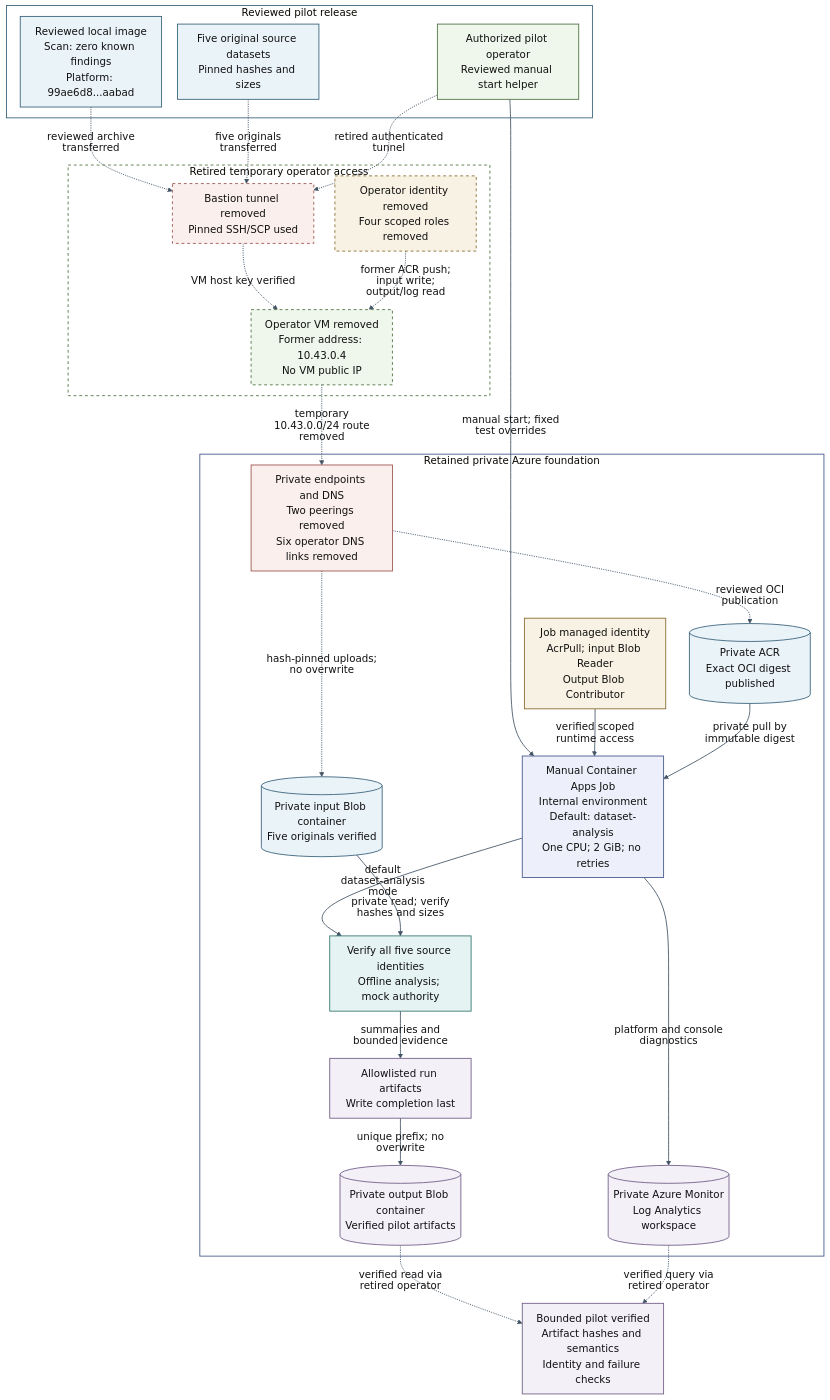
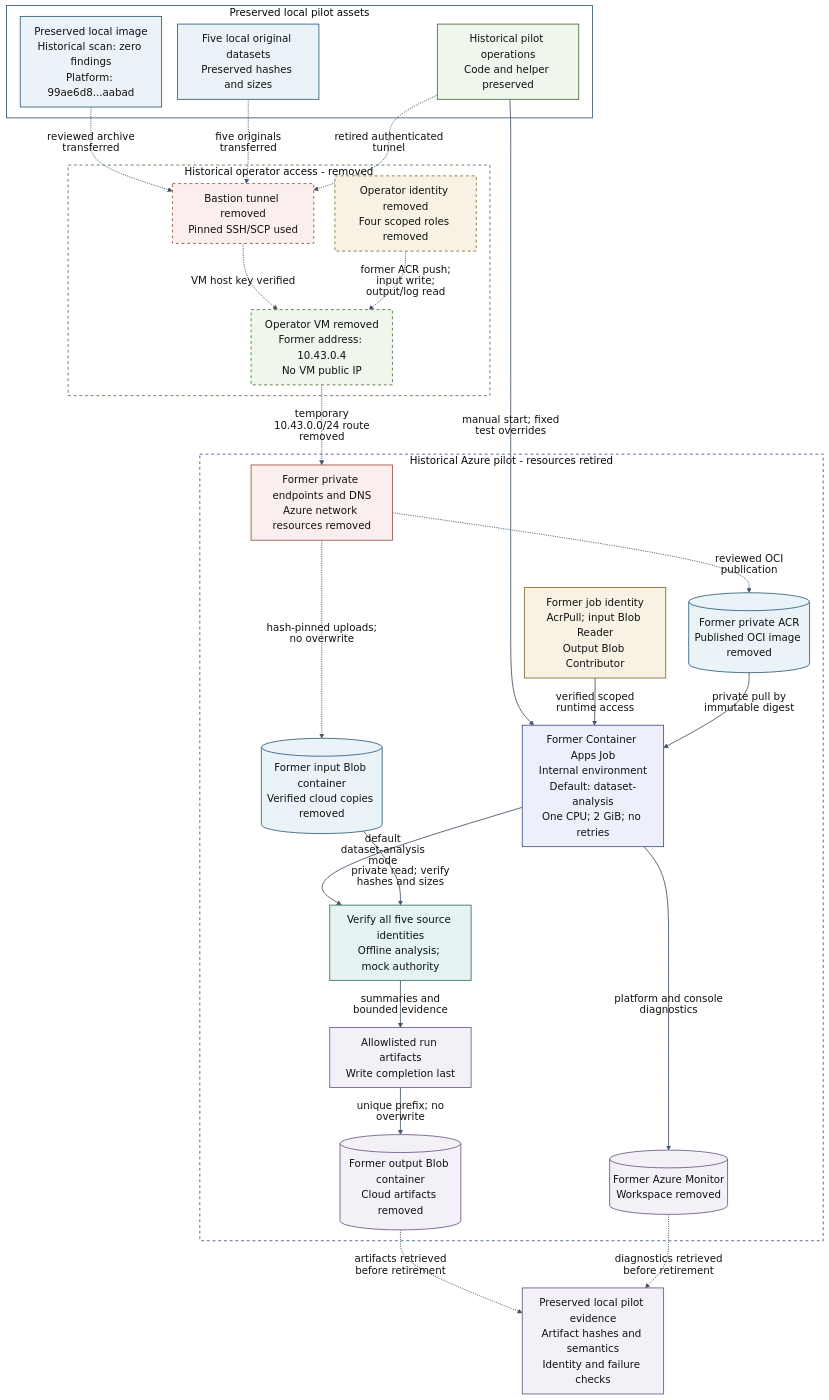
The fourth of 4 diagrams in docs/architecture/README.md (Douglas-Moore-Engineering/ai-command-gateway), drawn with Mermaid before and after one commit. The commit also changed other lines of this file and 25 other files, not shown here.

Commit message:
Retire Azure resources and preserve subscription

````diff
--- a/docs/architecture/README.md
+++ b/docs/architecture/README.md
@@ -227,72 +229,73 @@
 ```mermaid
-%% ARCH-004 v0.3. Bounded pilot verified; temporary operator access retired after cleanup.
-%% Solid paths show retained pilot architecture; dashed paths show retired temporary access.
+%% ARCH-004 v0.4. Historical verified pilot; all deployed Azure resources retired.
+%% Subscription and local code, originals, image and evidence are preserved.
+%% Solid paths show historical runtime; dashed paths show historical transfer/access.
 %% Reviewed platform digest: sha256:99ae6d8dd7962dfc517a09cce6f46b979af78fd0f5c149bf01e0132b4a2aabad
 %%{init: {"theme":"base","look":"classic","themeVariables":{"fontFamily":"Arial, sans-serif","fontSize":"18px","primaryTextColor":"#111111","lineColor":"#425466","background":"transparent","edgeLabelBackground":"transparent","clusterBkg":"transparent"},"flowchart":{"htmlLabels":false,"curve":"basis","nodeSpacing":28,"rankSpacing":38,"padding":12},"themeCSS":"text { font-family:Arial,sans-serif !important; } .cluster-label text { font-size:16px !important; font-weight:600; }"}}%%
 flowchart TB
-  subgraph local["Reviewed pilot release"]
-    image["Reviewed local image<br/>Scan: zero known findings<br/>Platform: 99ae6d8...aabad"]
-    datasets["Five original source datasets<br/>Pinned hashes and sizes"]
-    operator["Authorized pilot operator<br/>Reviewed manual start helper"]
+  subgraph local["Preserved local pilot assets"]
+    image["Preserved local image<br/>Historical scan: zero findings<br/>Platform: 99ae6d8...aabad"]
+    datasets["Five local original datasets<br/>Preserved hashes and sizes"]
+    operator["Historical pilot operations<br/>Code and helper preserved"]
   end
 
-  subgraph access["Retired temporary operator access"]
+  subgraph access["Historical operator access - removed"]
     bastion["Bastion tunnel removed<br/>Pinned SSH/SCP used"]
     vm["Operator VM removed<br/>Former address: 10.43.0.4<br/>No VM public IP"]
     operatorIdentity["Operator identity removed<br/>Four scoped roles removed"]
   end
 
-  subgraph azure["Retained private Azure foundation"]
-    network["Private endpoints and DNS<br/>Two peerings removed<br/>Six operator DNS links removed"]
-    registry[("Private ACR<br/>Exact OCI digest published")]
-    inputs[("Private input Blob container<br/>Five originals verified")]
-    identity["Job managed identity<br/>AcrPull; input Blob Reader<br/>Output Blob Contributor"]
-    job["Manual Container Apps Job<br/>Internal environment<br/>Default: dataset-analysis<br/>One CPU; 2 GiB; no retries"]
+  subgraph azure["Historical Azure pilot - resources retired"]
+    network["Former private endpoints and DNS<br/>Azure network resources removed"]
+    registry[("Former private ACR<br/>Published OCI image removed")]
+    inputs[("Former input Blob container<br/>Verified cloud copies removed")]
+    identity["Former job identity<br/>AcrPull; input Blob Reader<br/>Output Blob Contributor"]
+    job["Former Container Apps Job<br/>Internal environment<br/>Default: dataset-analysis<br/>One CPU; 2 GiB; no retries"]
     verify["Verify all five source identities<br/>Offline analysis; mock authority"]
     publish["Allowlisted run artifacts<br/>Write completion last"]
-    outputs[("Private output Blob container<br/>Verified pilot artifacts")]
-    monitor[("Private Azure Monitor<br/>Log Analytics workspace")]
+    outputs[("Former output Blob container<br/>Cloud artifacts removed")]
+    monitor[("Former Azure Monitor<br/>Workspace removed")]
   end
-  validation["Bounded pilot verified<br/>Artifact hashes and semantics<br/>Identity and failure checks"]
+  validation["Preserved local pilot evidence<br/>Artifact hashes and semantics<br/>Identity and failure checks"]
 
   image -.->|"reviewed archive transferred"| bastion
   datasets -.->|"five originals transferred"| bastion
   operator -.->|"retired authenticated tunnel"| bastion
   bastion -.->|"VM host key verified"| vm
   operatorIdentity -.->|"former ACR push; input write; output/log read"| vm
   vm -.->|"temporary 10.43.0.0/24 route removed"| network
   network -.->|"reviewed OCI publication"| registry
   network -.->|"hash-pinned uploads; no overwrite"| inputs
   operator -->|"manual start; fixed test overrides"| job
   identity -->|"verified scoped runtime access"| job
   registry -->|"private pull by immutable digest"| job
   job -->|"default dataset-analysis mode"| verify
   inputs -->|"private read; verify hashes and sizes"| verify
   verify -->|"summaries and bounded evidence"| publish
   publish -->|"unique prefix; no overwrite"| outputs
   job -->|"platform and console diagnostics"| monitor
-  outputs -.->|"verified read via retired operator"| validation
-  monitor -.->|"verified query via retired operator"| validation
+  outputs -.->|"artifacts retrieved before retirement"| validation
+  monitor -.->|"diagnostics retrieved before retirement"| validation
 
   classDef sourceRole fill:#EAF3F8,stroke:#356079,stroke-width:1.5px,color:#111111
   classDef dataRole fill:#E5F4F2,stroke:#32746E,stroke-width:1.5px,color:#111111
   classDef analysisRole fill:#EDF0FA,stroke:#42558B,stroke-width:1.5px,color:#111111
   classDef policyRole fill:#F8F2E4,stroke:#876A2D,stroke-width:1.5px,color:#111111
   classDef humanRole fill:#EFF6EB,stroke:#4C713E,stroke-width:1.5px,color:#111111
   classDef evidenceRole fill:#F3F0F8,stroke:#6E5B85,stroke-width:1.5px,color:#111111
   classDef securityRole fill:#FBEFED,stroke:#9B534C,stroke-width:1.5px,color:#111111
   class image,datasets,registry,inputs sourceRole
   class verify dataRole
   class job analysisRole
   class identity,operatorIdentity policyRole
   class operator,vm humanRole
   class publish,outputs,monitor,validation evidenceRole
   class bastion,network securityRole
   style local fill:none,stroke:#356079,stroke-width:1.5px,color:#111111
   style access fill:none,stroke:#4C713E,stroke-width:1.5px,stroke-dasharray:5 5,color:#111111
-  style azure fill:none,stroke:#42558B,stroke-width:1.5px,color:#111111
+  style azure fill:none,stroke:#42558B,stroke-width:1.5px,stroke-dasharray:5 5,color:#111111
   style bastion stroke-dasharray:5 5
   style vm stroke-dasharray:5 5
   style operatorIdentity stroke-dasharray:5 5
   linkStyle default stroke:#425466,stroke-width:1.5px
 ```
````
